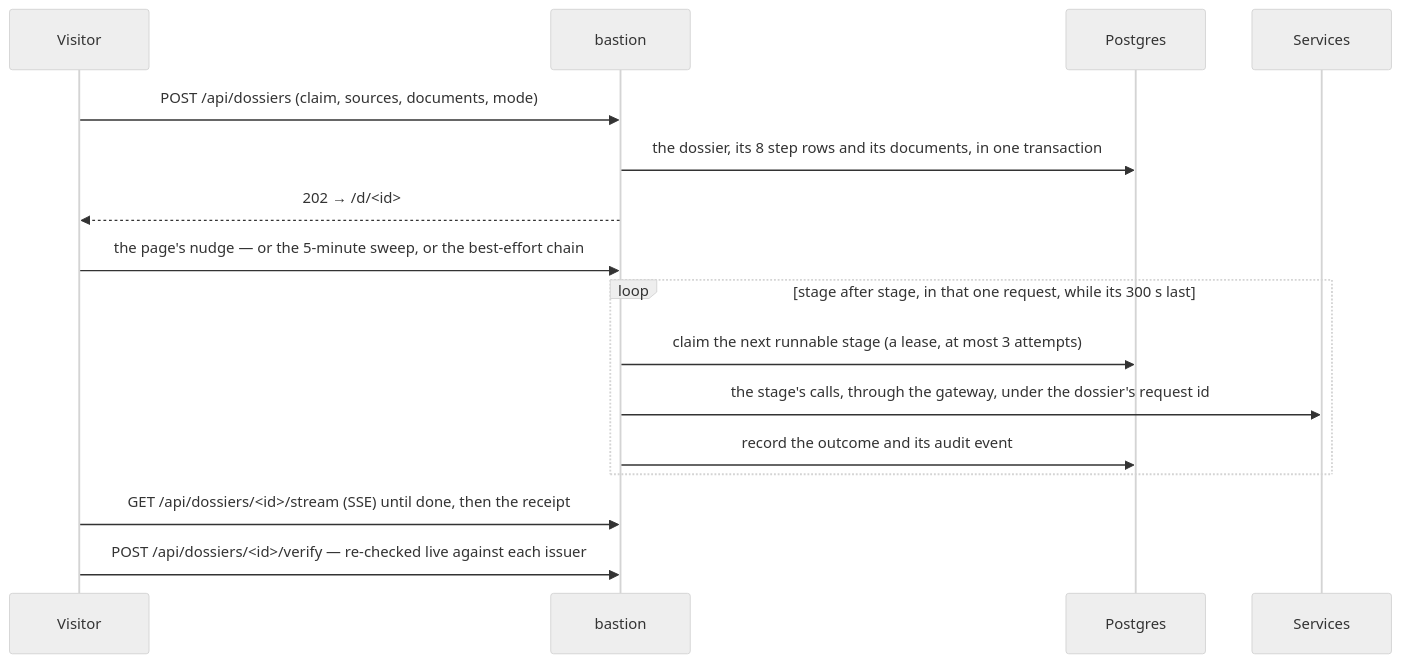
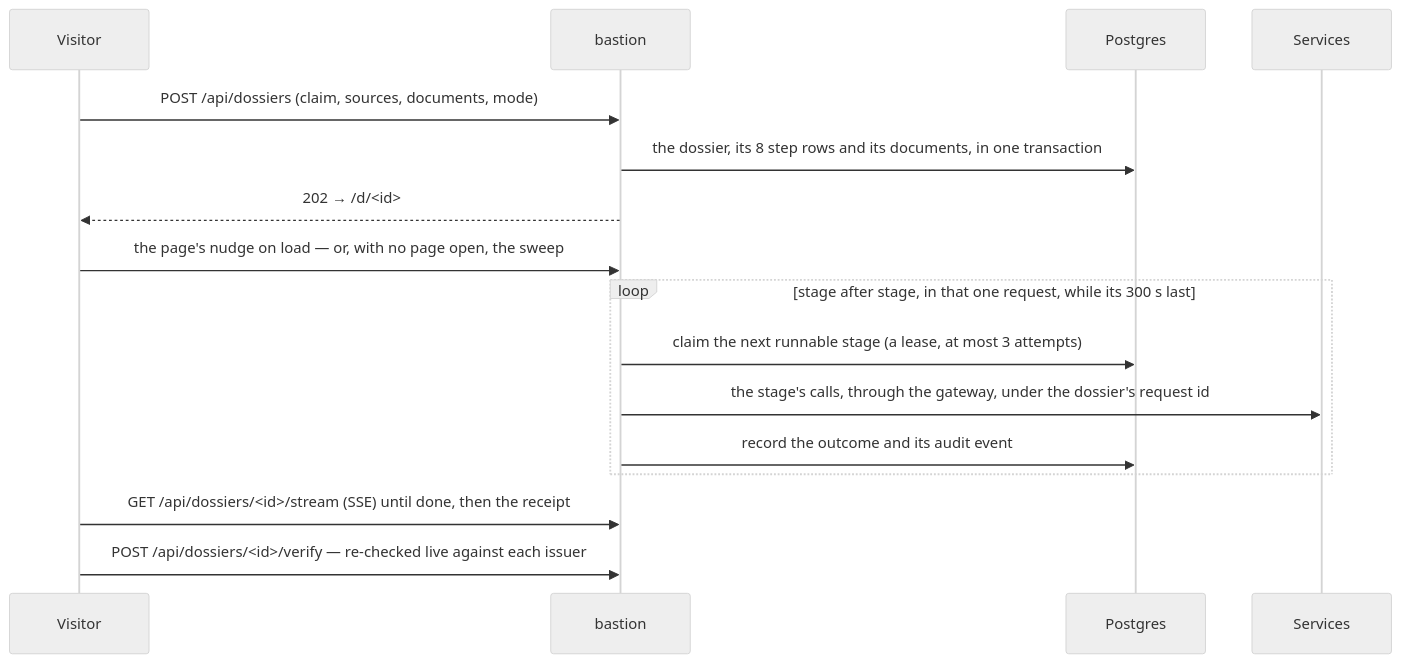
One commit to Abdul-Muizz1310/bastion changed the second of 2 diagrams in README.md. Above: the diagram before and after it, drawn with Mermaid (neutral theme). The commit also changed other lines of this file and 4 other files, not shown here.

Commit message:
docs: describe the two drivers: the visitor's page and the sweep

````diff
--- a/README.md
+++ b/README.md
@@ -112,19 +112,19 @@
 ```mermaid
 sequenceDiagram
     participant V as Visitor
     participant B as bastion
     participant DB as Postgres
     participant S as Services
 
     V->>B: POST /api/dossiers (claim, sources, documents, mode)
     B->>DB: the dossier, its 8 step rows and its documents, in one transaction
     B-->>V: 202 → /d/<id>
-    V->>B: the page's nudge — or the 5-minute sweep, or the best-effort chain
+    V->>B: the page's nudge on load — or, with no page open, the sweep
     loop stage after stage, in that one request, while its 300 s last
         B->>DB: claim the next runnable stage (a lease, at most 3 attempts)
         B->>S: the stage's calls, through the gateway, under the dossier's request id
         B->>DB: record the outcome and its audit event
     end
     V->>B: GET /api/dossiers/<id>/stream (SSE) until done, then the receipt
     V->>B: POST /api/dossiers/<id>/verify — re-checked live against each issuer
 ```
````
